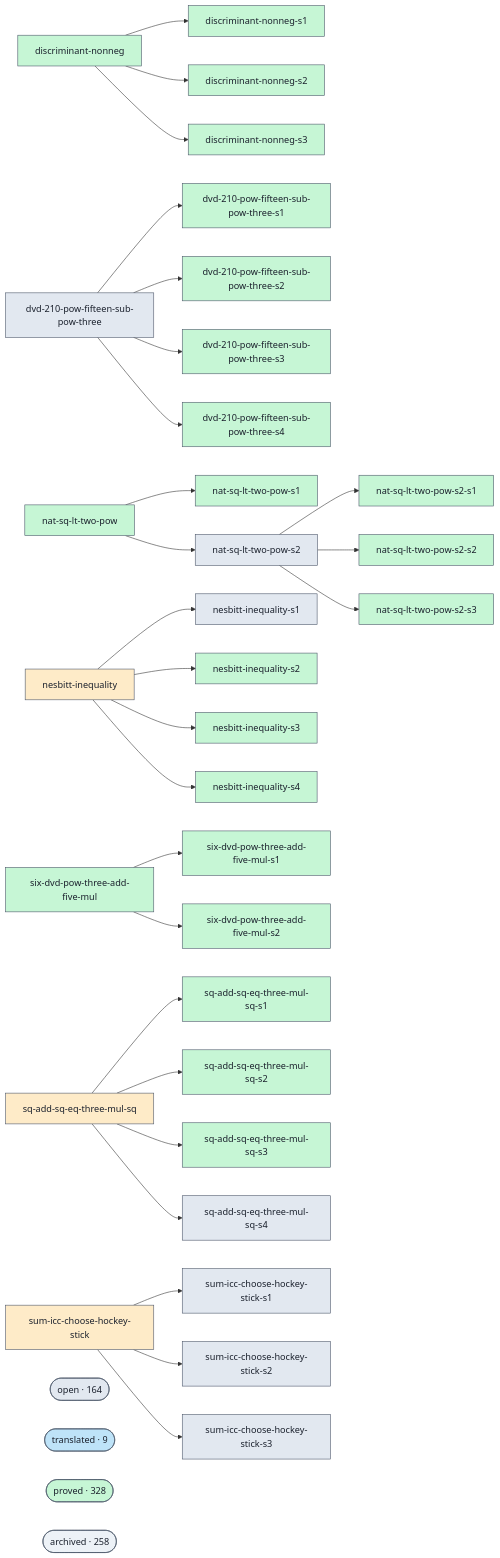
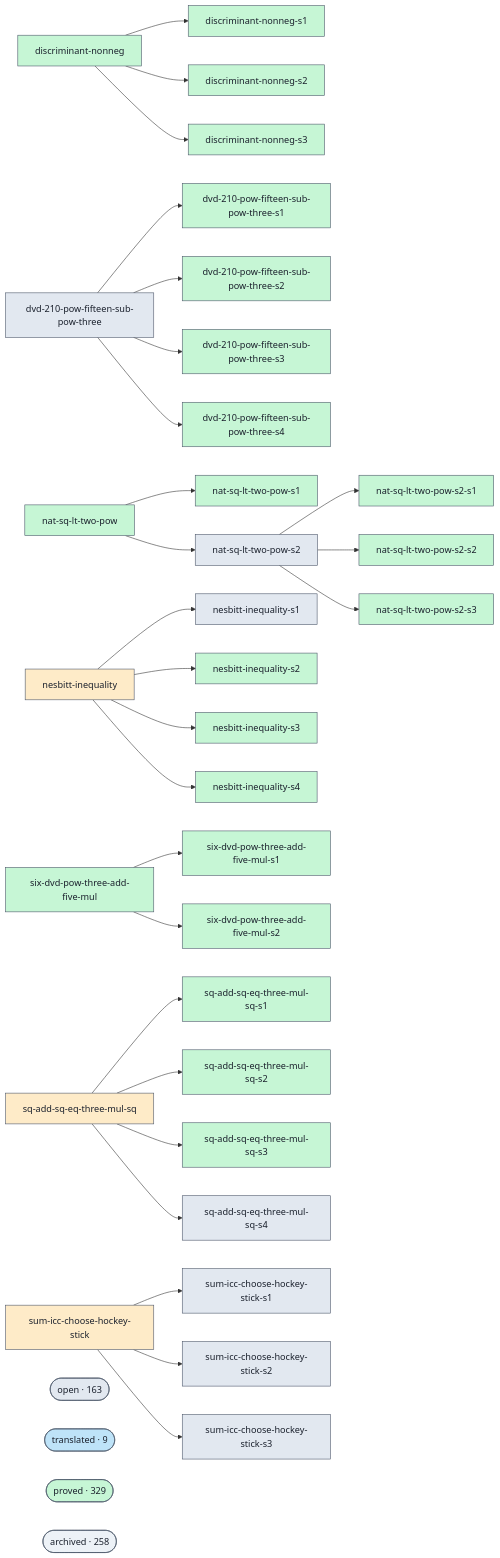
Before and after one commit to ohdearquant/unsorry: the diagram in docs/proofs-contributors-visualisation.md, drawn with Mermaid. The commit also changed other lines of this file and 2 other files, not shown here.

```diff
--- a/docs/proofs-contributors-visualisation.md
+++ b/docs/proofs-contributors-visualisation.md
@@ -143,11 +143,11 @@
   g_sum_icc_choose_hockey_stick --> g_sum_icc_choose_hockey_stick_s1
   g_sum_icc_choose_hockey_stick --> g_sum_icc_choose_hockey_stick_s2
   g_sum_icc_choose_hockey_stick --> g_sum_icc_choose_hockey_stick_s3
-  cluster_open(["open · 164"])
+  cluster_open(["open · 163"])
   class cluster_open open;
   cluster_translated(["translated · 9"])
   class cluster_translated translated;
-  cluster_proved(["proved · 328"])
+  cluster_proved(["proved · 329"])
   class cluster_proved proved;
   cluster_archived(["archived · 258"])
   class cluster_archived unknown;
```
